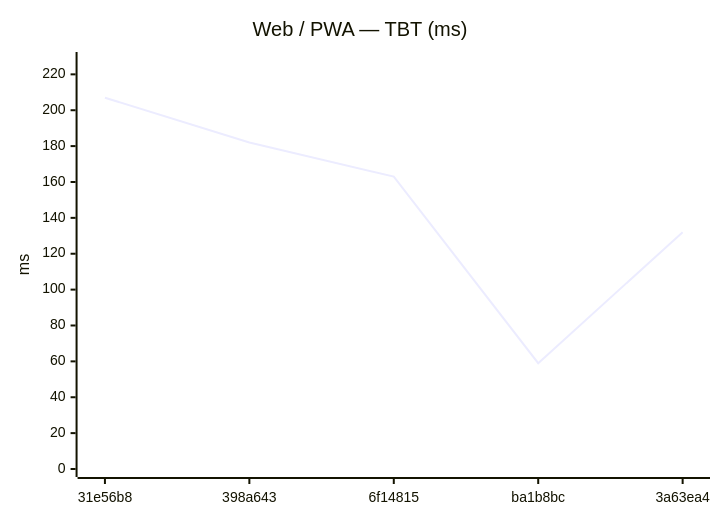
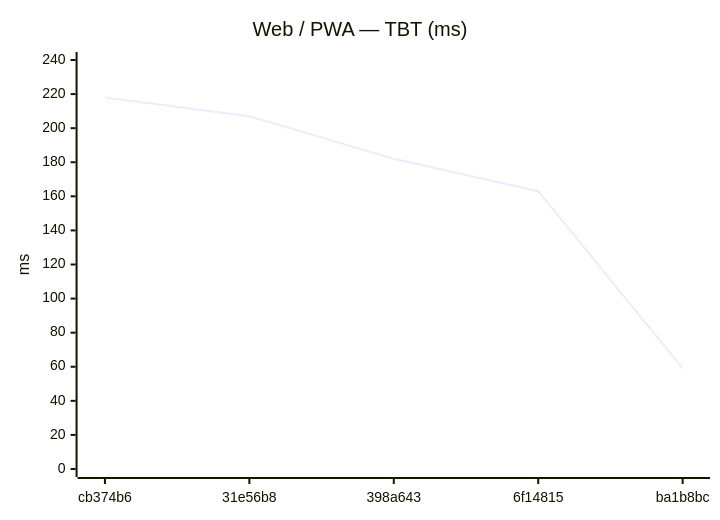
The eighth of 18 diagrams in benchmarks/compare.md (Metaheurist/Rianell), drawn with Mermaid before and after one commit. The commit also changed other lines of this file and 11 other files, not shown here.

````diff
--- a/benchmarks/compare.md
+++ b/benchmarks/compare.md
@@ -124,7 +124,7 @@
 ```mermaid
 xychart-beta
     title "Web / PWA — TBT (ms)"
-    x-axis ["31e56b8", "398a643", "6f14815", "ba1b8bc", "3a63ea4"]
-    y-axis "ms" 0 --> 228
-    line [207, 182, 163, 59, 132]
+    x-axis ["cb374b6", "31e56b8", "398a643", "6f14815", "ba1b8bc"]
+    y-axis "ms" 0 --> 240
+    line [218, 207, 182, 163, 59]
 ```
````
